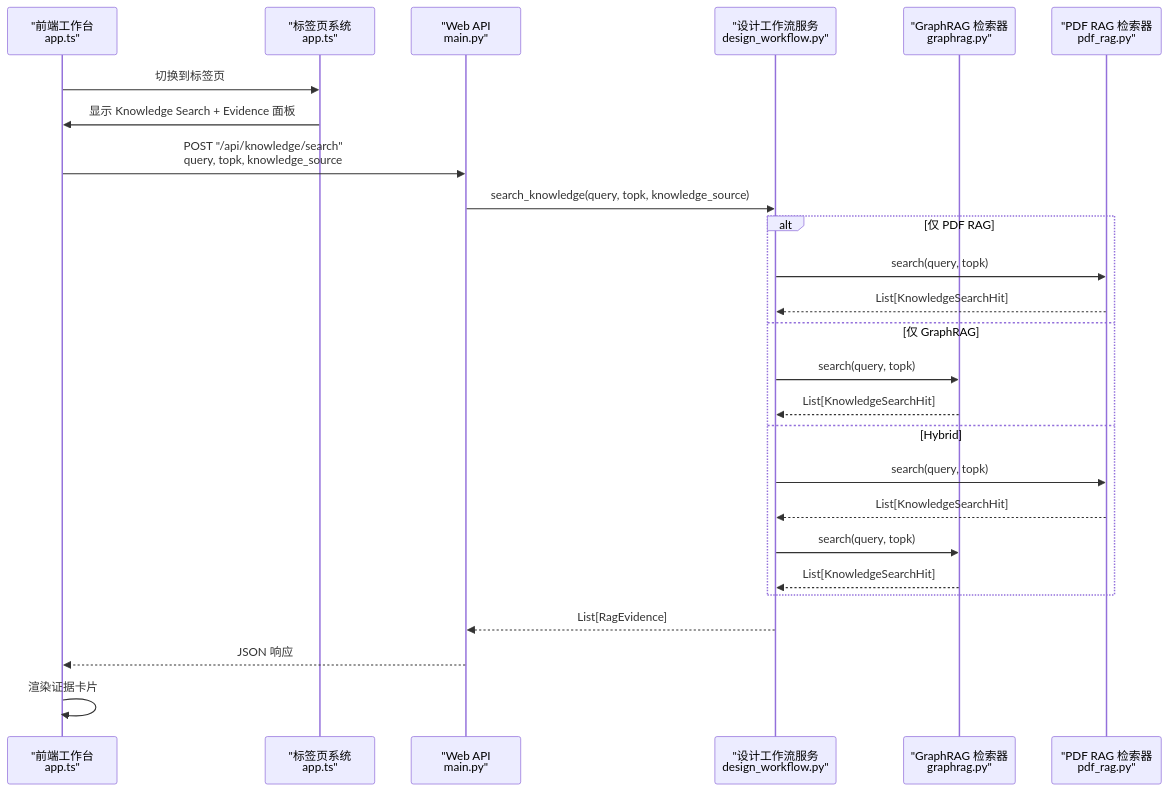
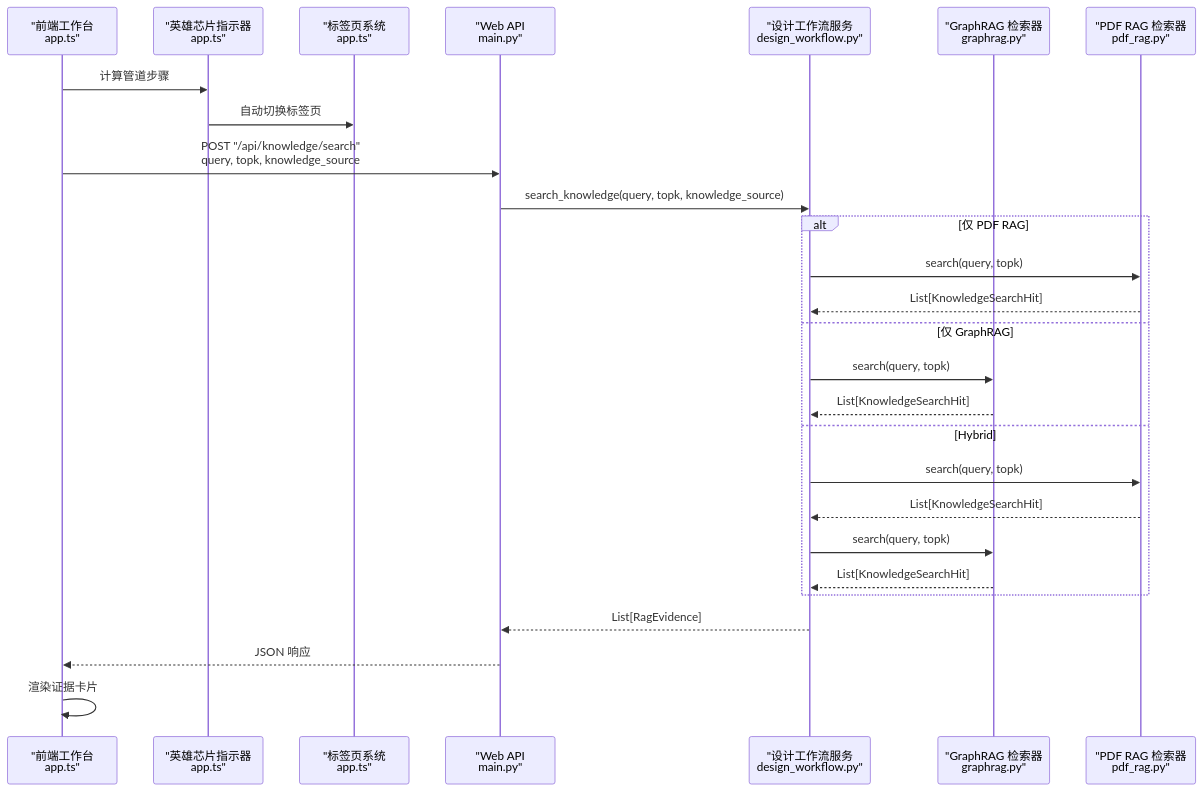
Before and after one commit to wsqstar/RoadGen3D: the fourth of 10 diagrams in .qoder/repowiki/zh/content/Web界面系统/工作台界面/知识检索面板.md, drawn with Mermaid. The commit also changed other lines of this file and 13 other files, not shown here.

First line of the commit message:
feat(workbench): add hero chip step indicator and enhance tab system

````diff
--- a/.qoder/repowiki/zh/content/Web界面系统/工作台界面/知识检索面板.md
+++ b/.qoder/repowiki/zh/content/Web界面系统/工作台界面/知识检索面板.md
@@ -158,28 +198,29 @@
 ```mermaid
 sequenceDiagram
 participant FE as "前端工作台<br/>app.ts"
+participant HERO as "英雄芯片指示器<br/>app.ts"
 participant TAB as "标签页系统<br/>app.ts"
 participant API as "Web API<br/>main.py"
 participant SVC as "设计工作流服务<br/>design_workflow.py"
 participant GR as "GraphRAG 检索器<br/>graphrag.py"
 participant PR as "PDF RAG 检索器<br/>pdf_rag.py"
-FE->>TAB : 切换到标签页 #2 (Evidence)
-TAB->>FE : 显示 Knowledge Search + Evidence 面板
+FE->>HERO : 计算管道步骤
+HERO->>TAB : 自动切换标签页
 FE->>API : POST "/api/knowledge/search"<br/>query, topk, knowledge_source
 API->>SVC : search_knowledge(query, topk, knowledge_source)
 alt 仅 PDF RAG
 SVC->>PR : search(query, topk)
 PR-->>SVC : List[KnowledgeSearchHit]
 else 仅 GraphRAG
 SVC->>GR : search(query, topk)
 GR-->>SVC : List[KnowledgeSearchHit]
 else Hybrid
 SVC->>PR : search(query, topk)
 PR-->>SVC : List[KnowledgeSearchHit]
 SVC->>GR : search(query, topk)
 GR-->>SVC : List[KnowledgeSearchHit]
 end
 SVC-->>API : List[RagEvidence]
 API-->>FE : JSON 响应
 FE->>FE : 渲染证据卡片
 ```
````
